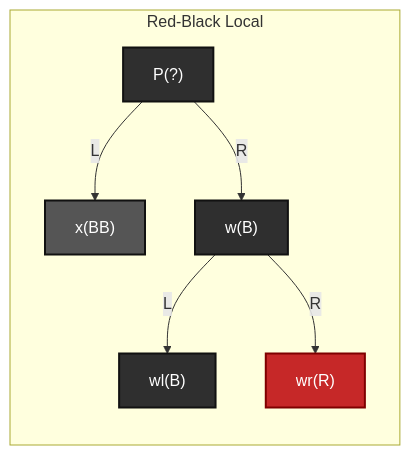
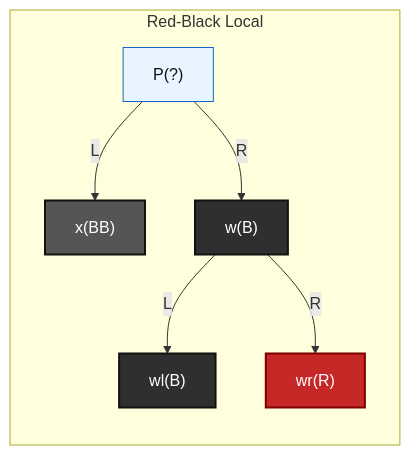
Before and after one commit to FormingSystem/linux_note: the tenth of 15 diagrams in knowledge/linux/data_structures/红黑树_rb-tree/P33_从多路删除到红黑缺口.md, drawn with Mermaid. The commit also changed other lines of this file and 5 other files, not shown here.

````diff
--- a/knowledge/linux/data_structures/红黑树_rb-tree/P33_从多路删除到红黑缺口.md
+++ b/knowledge/linux/data_structures/红黑树_rb-tree/P33_从多路删除到红黑缺口.md
@@ -338,22 +340,24 @@
 ```mermaid
 graph LR
 	subgraph "Red-Black Local"
 		P["P(?)"]
 		X["x(BB)"]
 		W["w(B)"]
 		WL["wl(B)"]
 		WR["wr(R)"]
 	end
 
 	P -->|"L"| X
 	P -->|"R"| W
 	W -->|"L"| WL
 	W -->|"R"| WR
 
 	classDef black fill:#2f2f2f,stroke:#111,color:#fff,stroke-width:2px;
 	classDef red fill:#c62828,stroke:#7f0000,color:#fff,stroke-width:2px;
 	classDef doubleblack fill:#555,stroke:#111,color:#fff,stroke-width:2px;
-	class P,W,WL black;
+	classDef unknown fill:#e8f4ff,stroke:#1565c0,color:#111;
+	class P unknown;
+	class W,WL black;
 	class WR red;
 	class X doubleblack;
 ```
````
